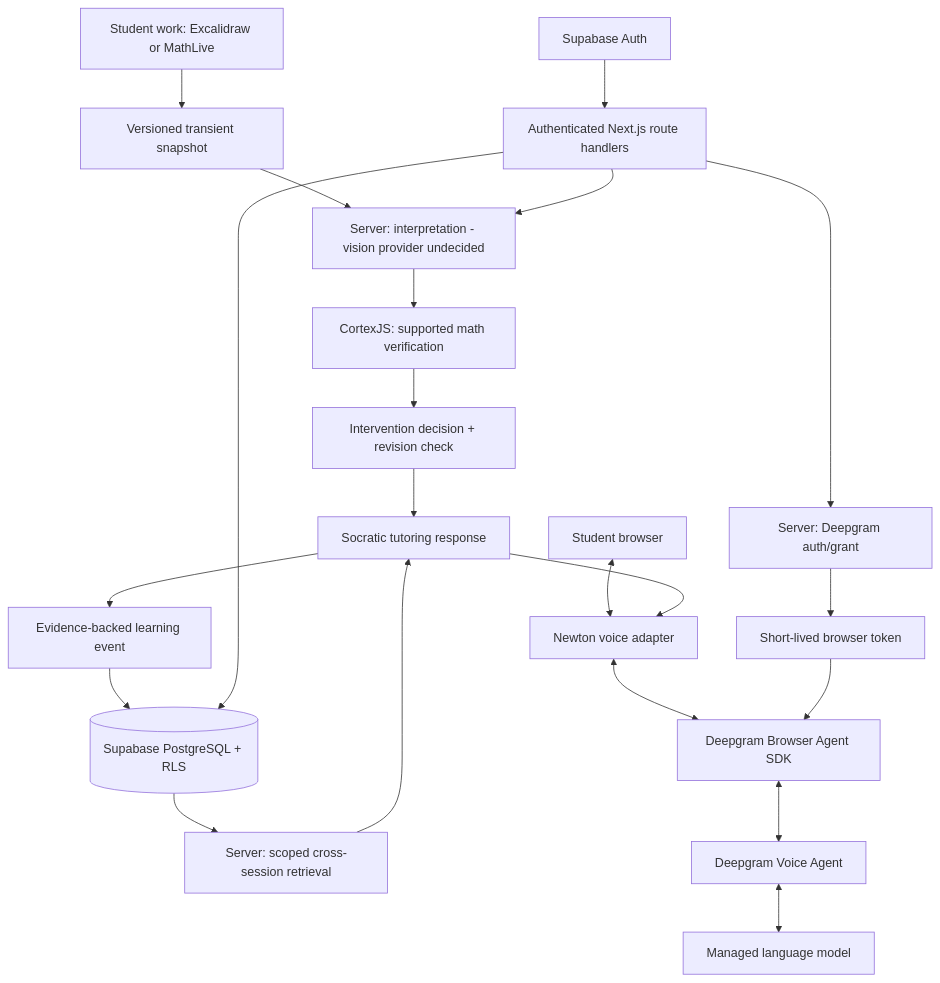
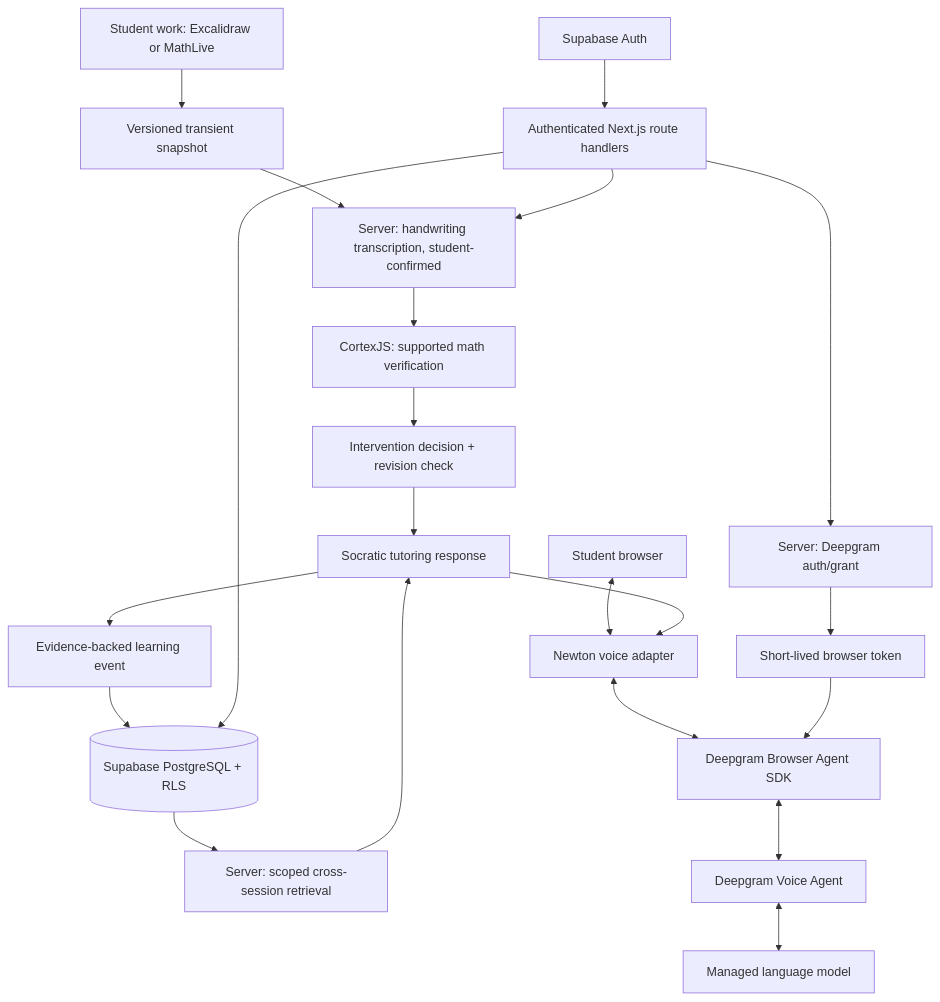
Before and after one commit to adrian0427/newton: the diagram in docs/architecture.md, drawn with Mermaid. The commit also changed other lines of this file and 32 other files, not shown here.

Commit message:
feat(vision): implement handwritten math transcription

````diff
--- a/docs/architecture.md
+++ b/docs/architecture.md
@@ -11,23 +11,23 @@
 ```mermaid
 flowchart TD
   Work[Student work: Excalidraw or MathLive] --> Snapshot[Versioned transient snapshot]
-  Snapshot --> Interpret[Server: interpretation - vision provider undecided]
+  Snapshot --> Interpret[Server: handwriting transcription, student-confirmed]
   Interpret --> Verify[CortexJS: supported math verification]
   Verify --> Decide[Intervention decision + revision check]
   Decide --> Response[Socratic tutoring response]
   Response --> Observation[Evidence-backed learning event]
   Observation --> DB[(Supabase PostgreSQL + RLS)]
   DB --> Retrieve[Server: scoped cross-session retrieval]
   Retrieve --> Response
   Student[Student browser] <--> Voice[Newton voice adapter]
   Voice <--> SDK[Deepgram Browser Agent SDK]
   SDK <--> Agent[Deepgram Voice Agent]
   Agent <--> LLM[Managed language model]
   Response --> Voice
   Auth[Supabase Auth] --> Routes[Authenticated Next.js route handlers]
   Routes --> Interpret
   Routes --> DB
   Routes --> Credential[Server: Deepgram auth/grant]
   Credential --> Token[Short-lived browser token]
   Token --> SDK
 ```
````
